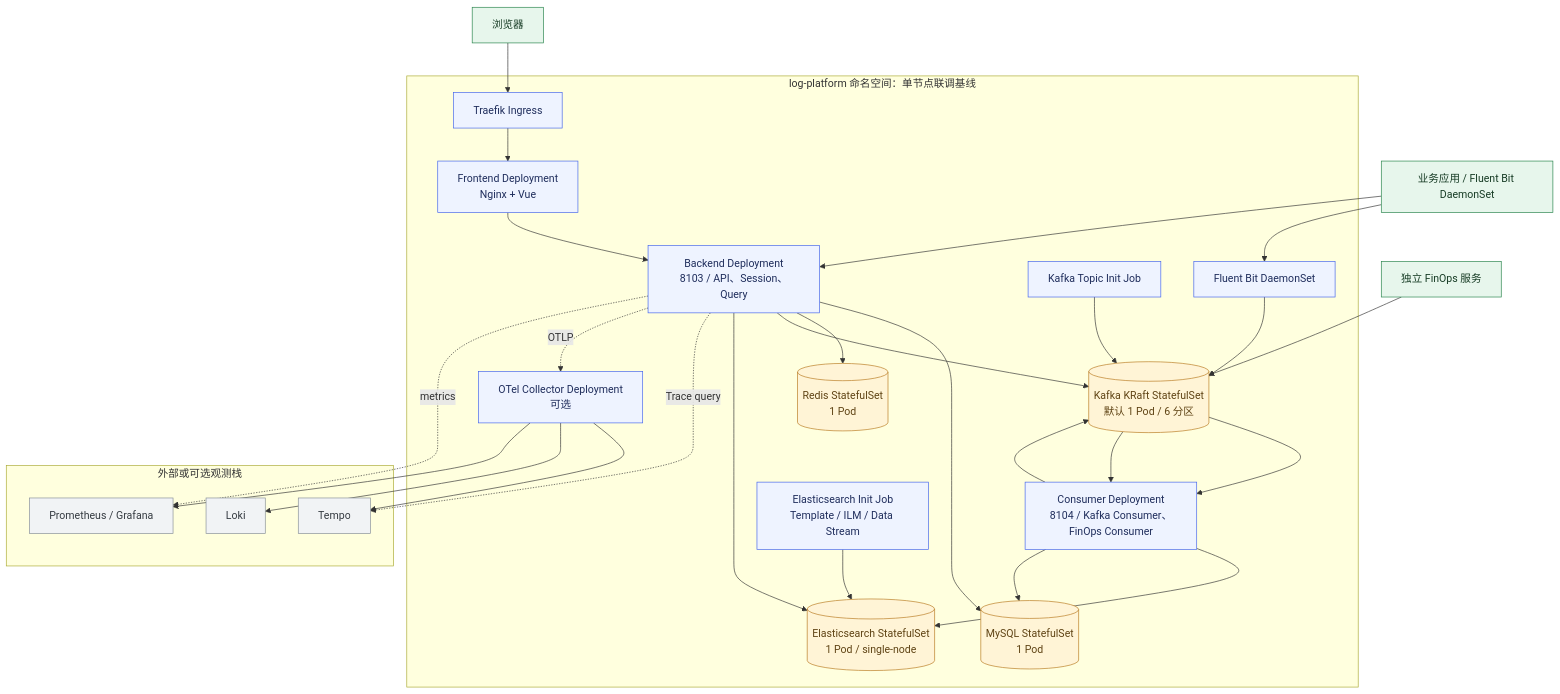
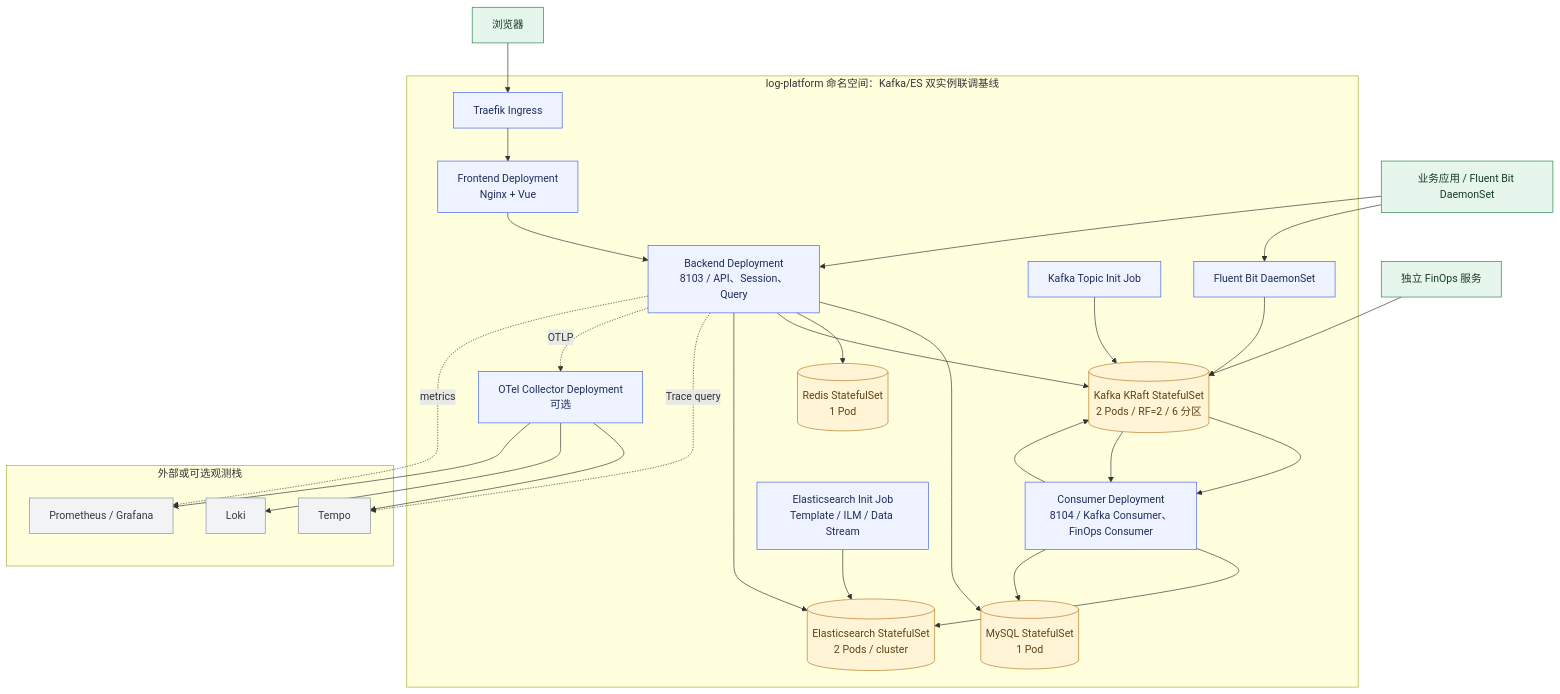
Before and after one commit to zhouyi-zjz/log-platform-ai: the third of 6 diagrams in docs/architecture/current-system-blueprint.md, drawn with Mermaid. The commit also changed other lines of this file and 12 other files, not shown here.

````diff
--- a/docs/architecture/current-system-blueprint.md
+++ b/docs/architecture/current-system-blueprint.md
@@ -191,59 +191,59 @@
 ```mermaid
 flowchart TB
     BROWSER[浏览器]
     COLLECTOR_CLIENT[业务应用 / Fluent Bit DaemonSet]
     FINOPS_EXT[独立 FinOps 服务]
 
-    subgraph K3S[log-platform 命名空间：单节点联调基线]
+    subgraph K3S[log-platform 命名空间：Kafka/ES 双实例联调基线]
         ING[Traefik Ingress]
         FE[Frontend Deployment<br/>Nginx + Vue]
         API[Backend Deployment<br/>8103 / API、Session、Query]
         WORKER[Consumer Deployment<br/>8104 / Kafka Consumer、FinOps Consumer]
         INIT1[Kafka Topic Init Job]
         INIT2[Elasticsearch Init Job<br/>Template / ILM / Data Stream]
         FB[Fluent Bit DaemonSet]
         OTELC[OTel Collector Deployment<br/>可选]
 
         MYSQL[(MySQL StatefulSet<br/>1 Pod)]
         REDIS[(Redis StatefulSet<br/>1 Pod)]
-        KAFKA[(Kafka KRaft StatefulSet<br/>默认 1 Pod / 6 分区)]
-        ES[(Elasticsearch StatefulSet<br/>1 Pod / single-node)]
+        KAFKA[(Kafka KRaft StatefulSet<br/>2 Pods / RF=2 / 6 分区)]
+        ES[(Elasticsearch StatefulSet<br/>2 Pods / cluster)]
     end
 
     subgraph External[外部或可选观测栈]
         TEMPO[Tempo]
         LOKI[Loki]
         PROM[Prometheus / Grafana]
     end
 
     BROWSER --> ING --> FE
     FE --> API
     COLLECTOR_CLIENT --> FB --> KAFKA
     COLLECTOR_CLIENT --> API
     API --> MYSQL
     API --> REDIS
     API --> KAFKA
     API --> ES
     API -. Trace query .-> TEMPO
     KAFKA --> WORKER --> ES
     WORKER --> MYSQL
     WORKER --> KAFKA
     FINOPS_EXT --> KAFKA
     KAFKA --> WORKER
     API -. OTLP .-> OTELC --> TEMPO
     OTELC --> LOKI
     OTELC --> PROM
     API -. metrics .-> PROM
     INIT1 --> KAFKA
     INIT2 --> ES
 
     classDef entry fill:#e7f6ec,stroke:#26834a,color:#163b24;
     classDef app fill:#eef3ff,stroke:#4263eb,color:#1f2d5c;
     classDef data fill:#fff4d6,stroke:#b7791f,color:#5f4314;
     classDef external fill:#f1f3f5,stroke:#868e96,color:#343a40;
     classDef gap fill:#fff0f0,stroke:#c53030,color:#651b1b;
     class BROWSER,COLLECTOR_CLIENT,FINOPS_EXT entry;
     class ING,FE,API,WORKER,FB,OTELC,INIT1,INIT2 app;
     class MYSQL,REDIS,KAFKA,ES data;
     class TEMPO,LOKI,PROM external;
 ```
````
